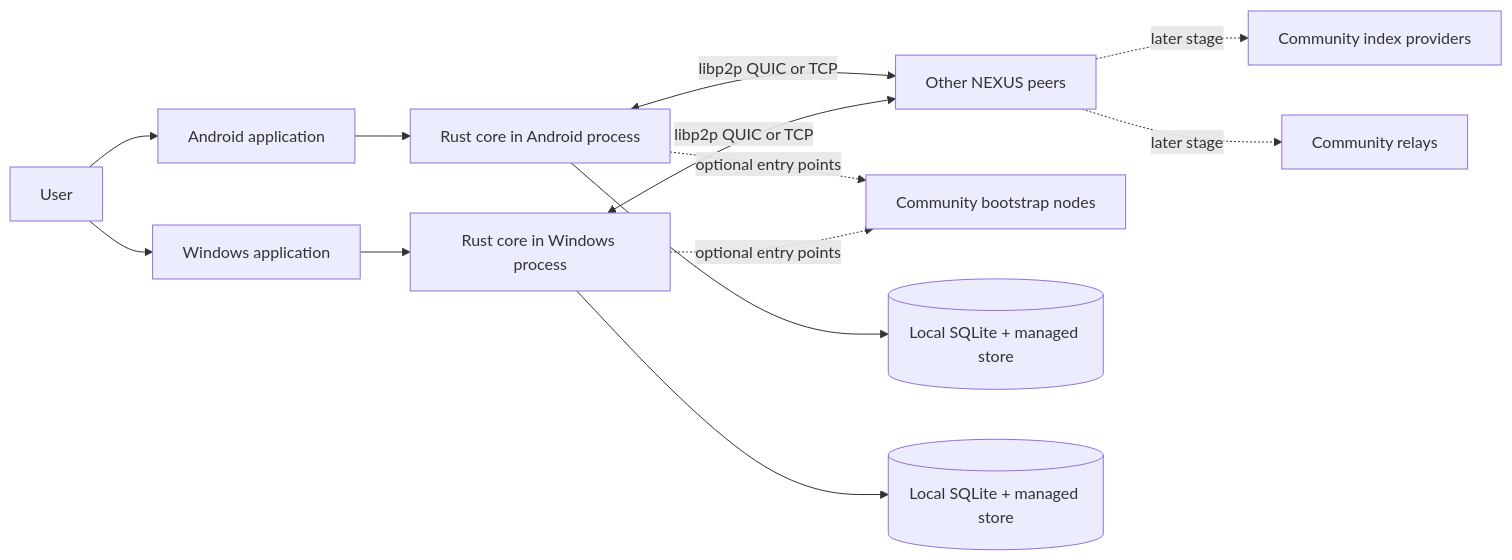
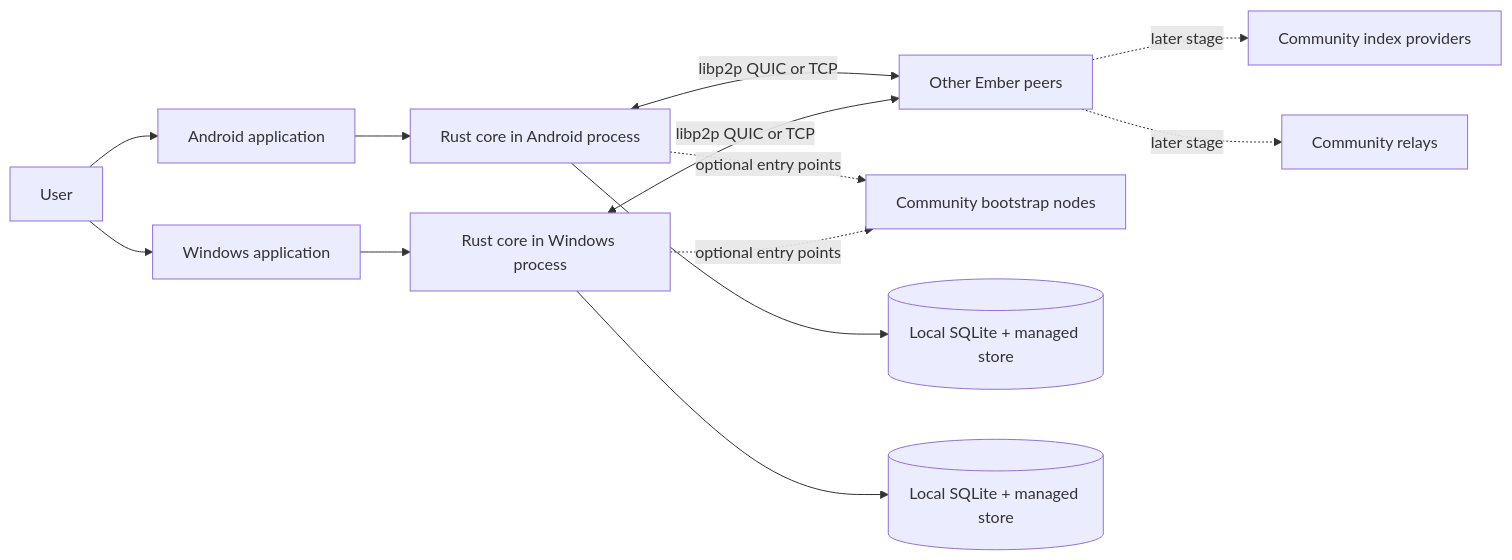
The diagram in docs/ARCHITECTURE.md (farokh-ra/Ember), drawn with Mermaid before and after one commit. The commit also changed other lines of this file and 72 other files, not shown here.

````diff
--- a/docs/ARCHITECTURE.md
+++ b/docs/ARCHITECTURE.md
@@ -62,15 +62,15 @@
 ```mermaid
 flowchart LR
     User[User] --> Android[Android application]
     User --> Windows[Windows application]
     Android --> CoreA[Rust core in Android process]
     Windows --> CoreW[Rust core in Windows process]
-    CoreA <-->|libp2p QUIC or TCP| Peers[Other NEXUS peers]
+    CoreA <-->|libp2p QUIC or TCP| Peers[Other Ember peers]
     CoreW <-->|libp2p QUIC or TCP| Peers
     CoreA -.->|optional entry points| Bootstrap[Community bootstrap nodes]
     CoreW -.->|optional entry points| Bootstrap
     Peers -.->|later stage| Index[Community index providers]
     Peers -.->|later stage| Relay[Community relays]
     CoreA --> LocalA[(Local SQLite + managed store)]
     CoreW --> LocalW[(Local SQLite + managed store)]
 ```
````
